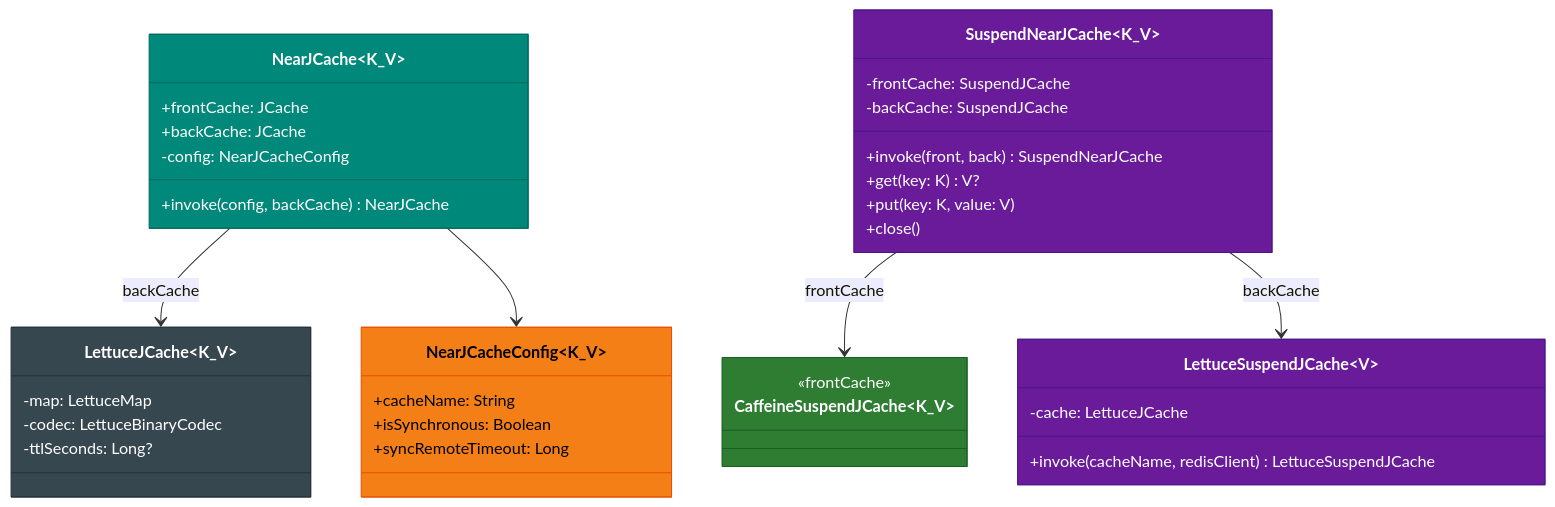
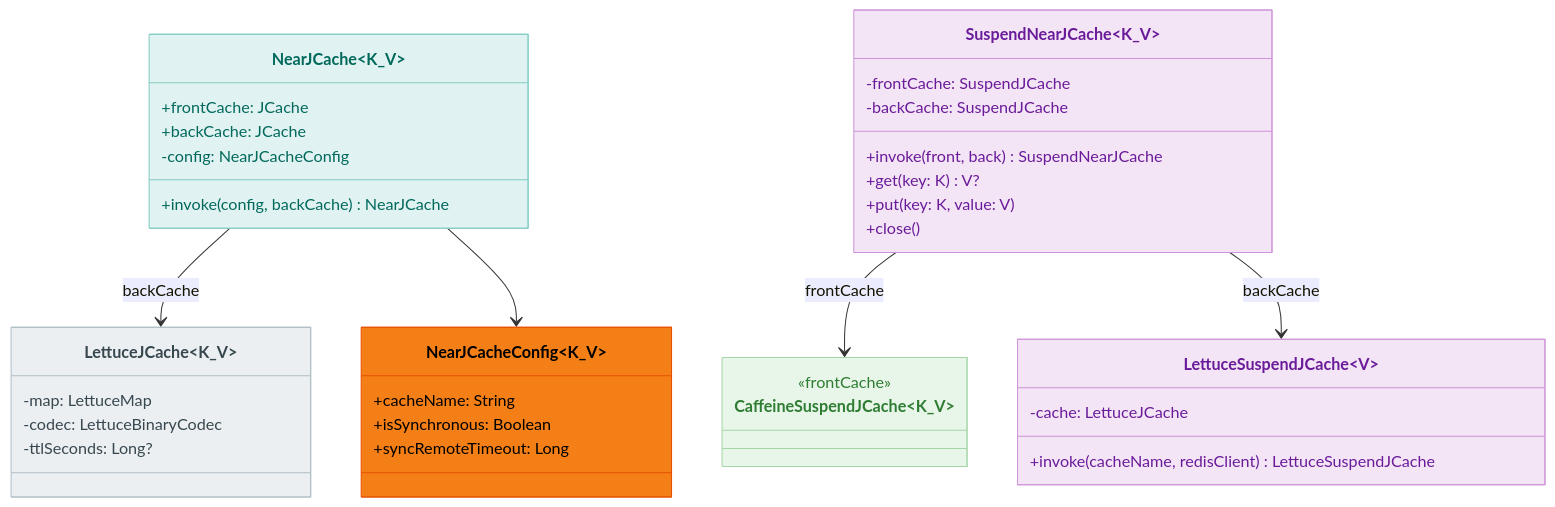
One commit to bluetape4k/bluetape4k-projects changed the first of 3 diagrams in infra/cache-lettuce/README.ko.md. Above: the diagram before and after it, drawn with Mermaid. The commit also changed other lines of this file and 219 other files, not shown here.

First line of the commit message:
docs: 전체 README Mermaid 다이어그램 가이드 적용

````diff
--- a/infra/cache-lettuce/README.ko.md
+++ b/infra/cache-lettuce/README.ko.md
@@ -91,51 +91,51 @@
 ```mermaid
 classDiagram
     class NearJCache~K_V~ {
 +frontCache: JCache
 +backCache: JCache
 -config: NearJCacheConfig
         +invoke(config, backCache) NearJCache
     }
 
 class SuspendNearJCache~K_V~ {
 -frontCache: SuspendJCache
 -backCache: SuspendJCache
         +invoke(front, back) SuspendNearJCache
         +get(key: K) V?
         +put(key: K, value: V)
         +close()
     }
 
 class LettuceJCache~K_V~ {
 -map: LettuceMap
 -codec: LettuceBinaryCodec
         -ttlSeconds: Long?
     }
 
     class LettuceSuspendJCache~V~ {
 -cache: LettuceJCache
         +invoke(cacheName, redisClient) LettuceSuspendJCache
     }
 
 class CaffeineSuspendJCache~K_V~ {
 <<frontCache>>
     }
 
 class NearJCacheConfig~K_V~ {
         +cacheName: String
         +isSynchronous: Boolean
         +syncRemoteTimeout: Long
     }
 
     NearJCache --> LettuceJCache: backCache
     SuspendNearJCache --> CaffeineSuspendJCache: frontCache
     SuspendNearJCache --> LettuceSuspendJCache: backCache
     NearJCache --> NearJCacheConfig
 
-    style NearJCache fill:#00897B,stroke:#00695C,color:#FFFFFF
-    style SuspendNearJCache fill:#6A1B9A,stroke:#4A148C,color:#FFFFFF
-    style LettuceJCache fill:#37474F,stroke:#263238,color:#FFFFFF
-    style LettuceSuspendJCache fill:#6A1B9A,stroke:#4A148C,color:#FFFFFF
-    style CaffeineSuspendJCache fill:#2E7D32,stroke:#1B5E20,color:#FFFFFF
+    style NearJCache fill:#E0F2F1,stroke:#80CBC4,color:#00695C
+    style SuspendNearJCache fill:#F3E5F5,stroke:#CE93D8,color:#6A1B9A
+    style LettuceJCache fill:#ECEFF1,stroke:#B0BEC5,color:#37474F
+    style LettuceSuspendJCache fill:#F3E5F5,stroke:#CE93D8,color:#6A1B9A
+    style CaffeineSuspendJCache fill:#E8F5E9,stroke:#A5D6A7,color:#2E7D32
     style NearJCacheConfig fill:#F57F17,stroke:#E65100,color:#000000
 ```
````
